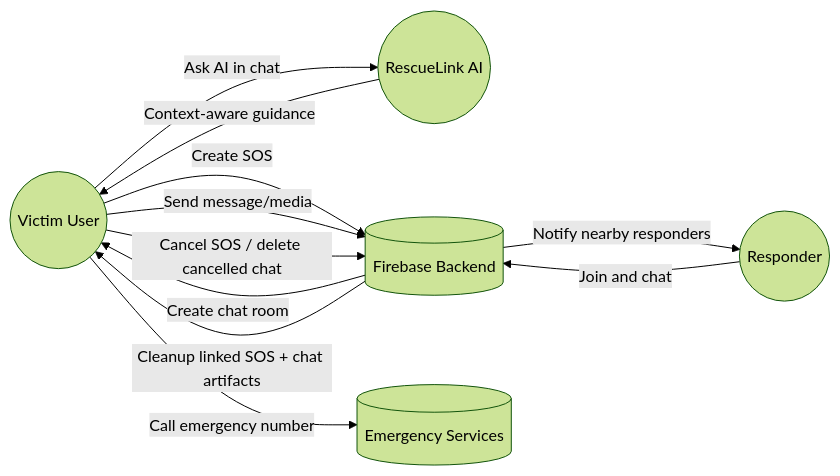
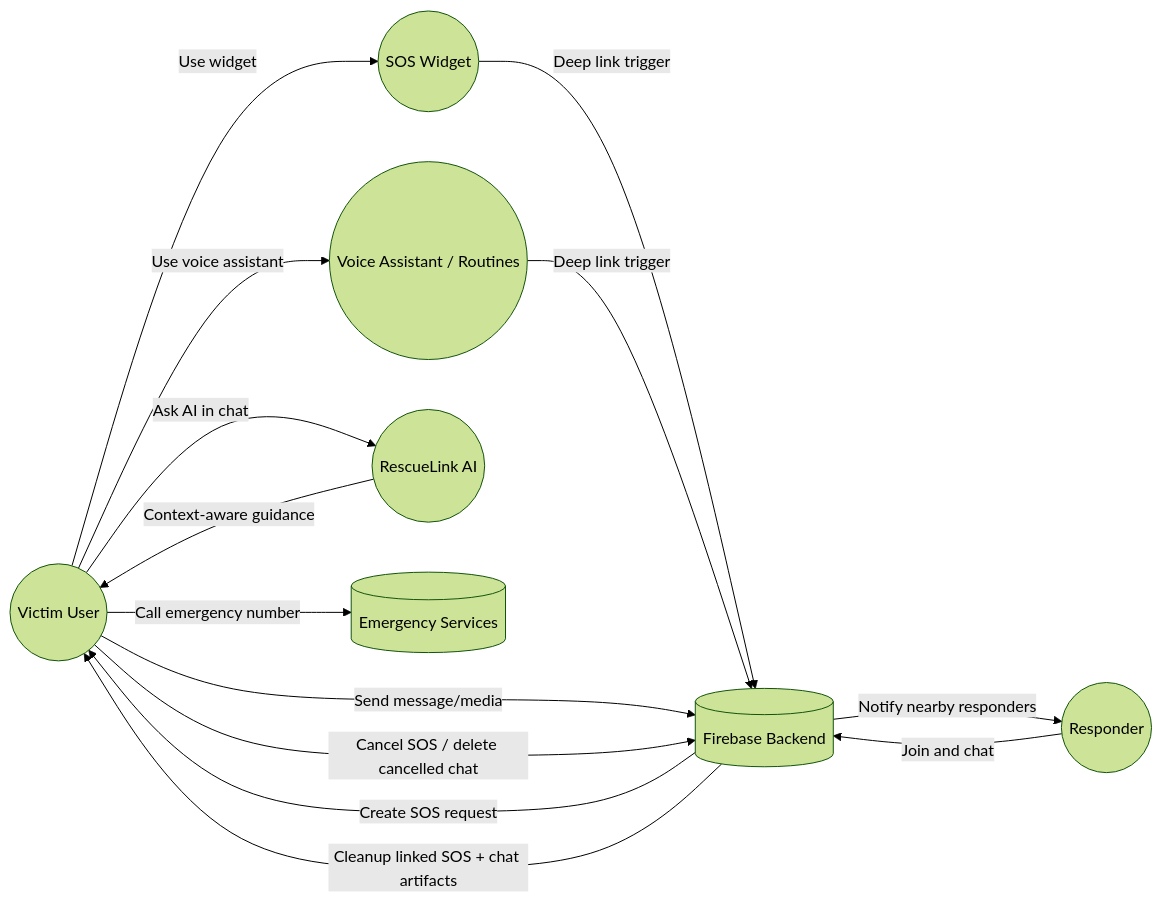
The first of 4 diagrams in docs/PROCESS_FLOW_ARCHITECTURE.md (gopikaganesan/rescue-link), drawn with Mermaid (forest theme) before and after one commit. The commit also changed other lines of this file and 17 other files, not shown here.

````diff
--- a/docs/PROCESS_FLOW_ARCHITECTURE.md
+++ b/docs/PROCESS_FLOW_ARCHITECTURE.md
@@ -7,23 +7,28 @@
 ```mermaid
 flowchart LR
   Victim((Victim User))
+  VoiceAssistant((Voice Assistant / Routines))
+  Widget((SOS Widget))
+  Firebase[(Firebase Backend)]
   Responder((Responder))
   AI((RescueLink AI))
-  Firebase[(Firebase Backend)]
   Emergency[(Emergency Services)]
 
-  Victim -->|Create SOS| Firebase
-  Firebase -->|Create chat room| Victim
+  Victim -->|Use widget| Widget
+  Victim -->|Use voice assistant| VoiceAssistant
+  Widget -->|Deep link trigger| Firebase
+  VoiceAssistant -->|Deep link trigger| Firebase
+
+  Firebase -->|Create SOS request| Victim
   Firebase -->|Notify nearby responders| Responder
-
   Victim -->|Send message/media| Firebase
   Responder -->|Join and chat| Firebase
 
   Victim -->|Ask AI in chat| AI
   AI -->|Context-aware guidance| Victim
 
   Victim -->|Cancel SOS / delete cancelled chat| Firebase
   Firebase -->|Cleanup linked SOS + chat artifacts| Victim
 
   Victim -->|Call emergency number| Emergency
 ```
````
